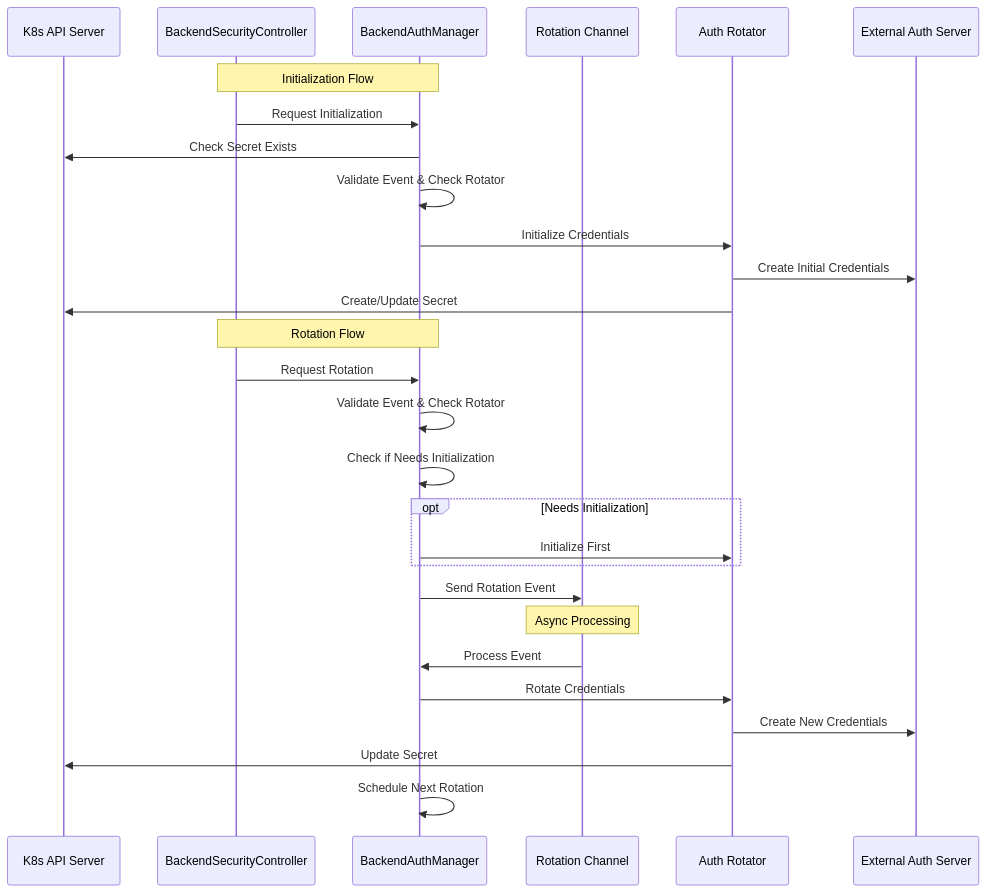
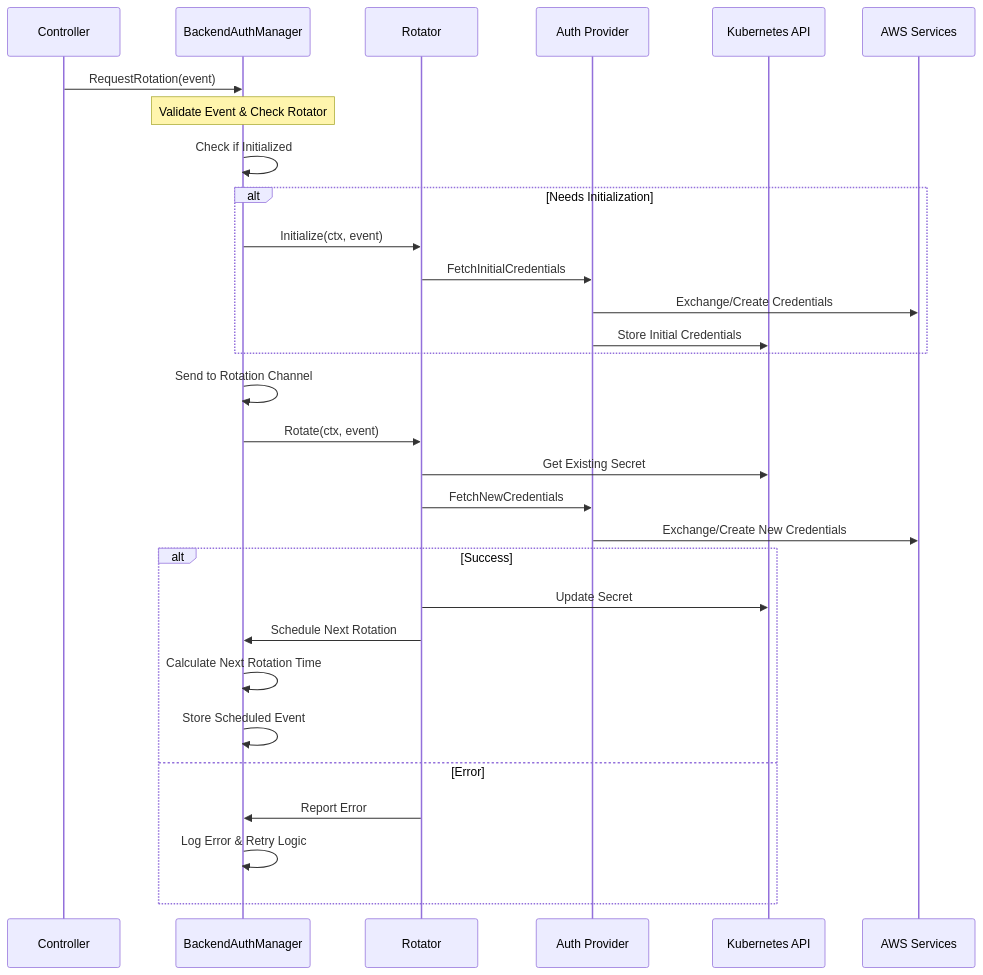
One commit to envoyproxy/ai-gateway changed the second of 2 diagrams in docs/design/backend-auth.md. Above: the diagram before and after it, drawn with Mermaid. The commit also changed other lines of this file, not shown here.

````diff
--- a/docs/design/backend-auth.md
+++ b/docs/design/backend-auth.md
@@ -109,32 +88,36 @@
 ```mermaid
 sequenceDiagram
-    participant API as K8s API Server
-    participant BSC as BackendSecurityController
+    participant Controller
     participant BAM as BackendAuthManager
-    participant Chan as Rotation Channel
-    participant Rotator as Auth Rotator
-    participant Auth as External Auth Server
+    participant Rotator
+    participant Provider as Auth Provider
+    participant K8S as Kubernetes API
+    participant AWS as AWS Services
 
-    Note over BSC,BAM: Initialization Flow
-    BSC->>BAM: Request Initialization
-    BAM->>API: Check Secret Exists
-    BAM->>BAM: Validate Event & Check Rotator
-    BAM->>Rotator: Initialize Credentials
-    Rotator->>Auth: Create Initial Credentials
-    Rotator->>API: Create/Update Secret
-
-    Note over BSC,BAM: Rotation Flow
-    BSC->>BAM: Request Rotation
-    BAM->>BAM: Validate Event & Check Rotator
-    BAM->>BAM: Check if Needs Initialization
-    opt Needs Initialization
-        BAM->>Rotator: Initialize First
+    Controller->>BAM: RequestRotation(event)
+    Note over BAM: Validate Event & Check Rotator
+    BAM->>BAM: Check if Initialized
+    
+    alt Needs Initialization
+        BAM->>Rotator: Initialize(ctx, event)
+        Rotator->>Provider: FetchInitialCredentials
+        Provider->>AWS: Exchange/Create Credentials
+        Provider->>K8S: Store Initial Credentials
     end
-    BAM->>Chan: Send Rotation Event
-    Note over Chan: Async Processing
-    Chan->>BAM: Process Event
-    BAM->>Rotator: Rotate Credentials
-    Rotator->>Auth: Create New Credentials
-    Rotator->>API: Update Secret
-    BAM->>BAM: Schedule Next Rotation
+    
+    BAM->>BAM: Send to Rotation Channel
+    BAM->>Rotator: Rotate(ctx, event)
+    Rotator->>K8S: Get Existing Secret
+    Rotator->>Provider: FetchNewCredentials
+    Provider->>AWS: Exchange/Create New Credentials
+    
+    alt Success
+        Rotator->>K8S: Update Secret
+        Rotator->>BAM: Schedule Next Rotation
+        BAM->>BAM: Calculate Next Rotation Time
+        BAM->>BAM: Store Scheduled Event
+    else Error
+        Rotator->>BAM: Report Error
+        BAM->>BAM: Log Error & Retry Logic
+    end
 ```
````
